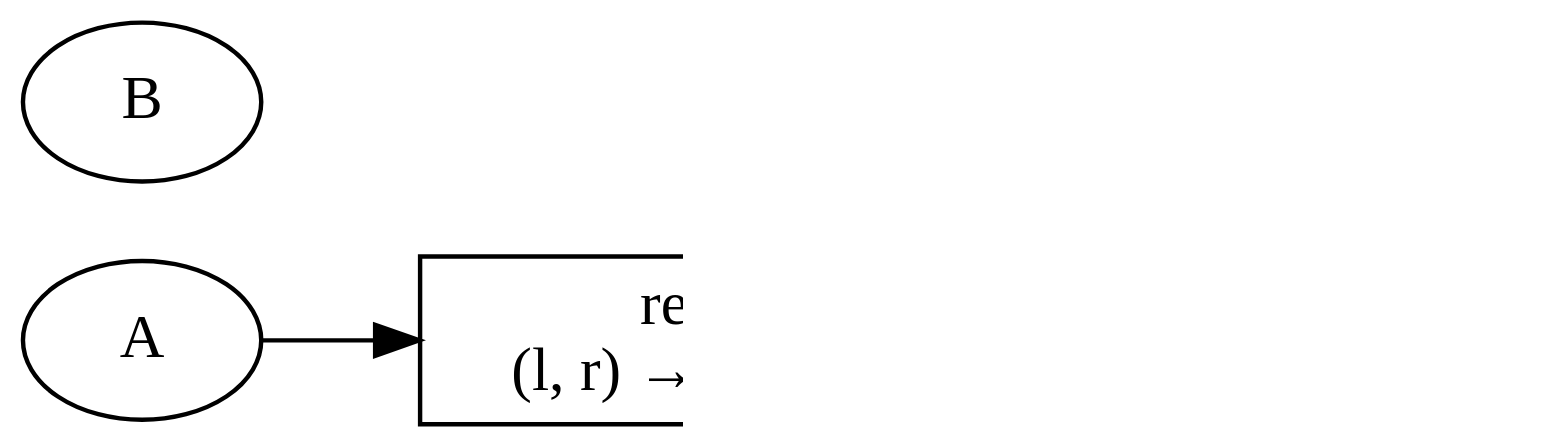
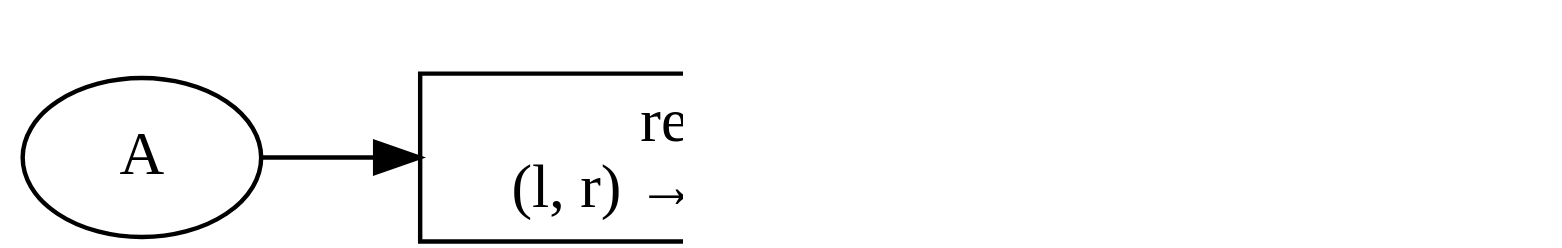
One commit to inponomarev/kstreams-testing-pitfalls changed diagram 11 of 13 in slides/src/main/asciidoc/lecture.adoc. Above: the diagram before and after it, drawn with Graphviz. The commit also changed other lines of this file, not shown here.

```diff
--- a/slides/src/main/asciidoc/lecture.adoc
+++ b/slides/src/main/asciidoc/lecture.adoc
@@ -454,21 +459,20 @@
 [graphviz,"cache2b.png"]
 ----
 digraph G {
 graph [ dpi = 180 ];
 rankdir="LR";
 
 A1[label="A"];
-B1[label="B"];
 
 A1 ->Kafka;
 
 Kafka[shape=box,label="reduce \n (l, r) → <STOP>"]
 
 Kafka -> Cache
 
 Cache[shape=box,label=<<table cellspacing="5" cellborder="0"  border="0">
         <tr><td colspan="2">Cache</td></tr>
         <tr><td>A</td>
         <vr/><td>&lt;STOP&gt;</td></tr></table>>]
 }
 ----
```
